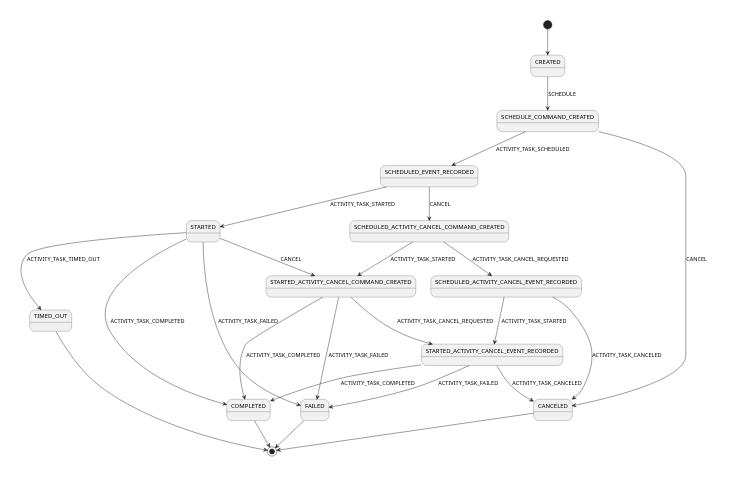
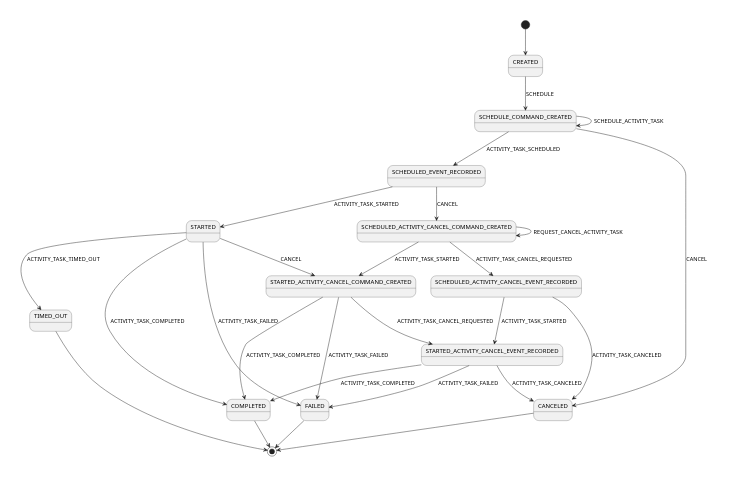
The diagram in src/main/java/io/temporal/internal/csm/ActivityCommands.puml (mfateev/temporal-java-sdk), drawn with PlantUML before and after one commit. The commit also changed 35 other files, not shown here.

```diff
--- a/src/main/java/io/temporal/internal/csm/ActivityCommands.puml
+++ b/src/main/java/io/temporal/internal/csm/ActivityCommands.puml
@@ -21,27 +21,29 @@
 @startuml
 scale 350 width
 [*] --> CREATED
 CREATED --> SCHEDULE_COMMAND_CREATED: SCHEDULE
+SCHEDULE_COMMAND_CREATED --> SCHEDULE_COMMAND_CREATED: SCHEDULE_ACTIVITY_TASK
 SCHEDULE_COMMAND_CREATED --> SCHEDULED_EVENT_RECORDED: ACTIVITY_TASK_SCHEDULED
 SCHEDULE_COMMAND_CREATED --> CANCELED: CANCEL
 SCHEDULED_EVENT_RECORDED --> STARTED: ACTIVITY_TASK_STARTED
 STARTED --> COMPLETED: ACTIVITY_TASK_COMPLETED
 STARTED --> FAILED: ACTIVITY_TASK_FAILED
 STARTED --> TIMED_OUT: ACTIVITY_TASK_TIMED_OUT
 SCHEDULED_EVENT_RECORDED --> SCHEDULED_ACTIVITY_CANCEL_COMMAND_CREATED: CANCEL
 SCHEDULED_ACTIVITY_CANCEL_COMMAND_CREATED --> SCHEDULED_ACTIVITY_CANCEL_EVENT_RECORDED: ACTIVITY_TASK_CANCEL_REQUESTED
+SCHEDULED_ACTIVITY_CANCEL_COMMAND_CREATED --> SCHEDULED_ACTIVITY_CANCEL_COMMAND_CREATED: REQUEST_CANCEL_ACTIVITY_TASK
 SCHEDULED_ACTIVITY_CANCEL_COMMAND_CREATED --> STARTED_ACTIVITY_CANCEL_COMMAND_CREATED: ACTIVITY_TASK_STARTED
 SCHEDULED_ACTIVITY_CANCEL_EVENT_RECORDED --> CANCELED: ACTIVITY_TASK_CANCELED
 SCHEDULED_ACTIVITY_CANCEL_EVENT_RECORDED --> STARTED_ACTIVITY_CANCEL_EVENT_RECORDED: ACTIVITY_TASK_STARTED
 STARTED_ACTIVITY_CANCEL_COMMAND_CREATED --> STARTED_ACTIVITY_CANCEL_EVENT_RECORDED: ACTIVITY_TASK_CANCEL_REQUESTED
 STARTED --> STARTED_ACTIVITY_CANCEL_COMMAND_CREATED: CANCEL
 STARTED_ACTIVITY_CANCEL_COMMAND_CREATED --> COMPLETED: ACTIVITY_TASK_COMPLETED
 STARTED_ACTIVITY_CANCEL_COMMAND_CREATED --> FAILED: ACTIVITY_TASK_FAILED
 STARTED_ACTIVITY_CANCEL_EVENT_RECORDED --> FAILED: ACTIVITY_TASK_FAILED
 STARTED_ACTIVITY_CANCEL_EVENT_RECORDED --> COMPLETED: ACTIVITY_TASK_COMPLETED
 STARTED_ACTIVITY_CANCEL_EVENT_RECORDED --> CANCELED: ACTIVITY_TASK_CANCELED
 COMPLETED --> [*]
 FAILED --> [*]
 TIMED_OUT --> [*]
 CANCELED --> [*]
 @enduml
```
